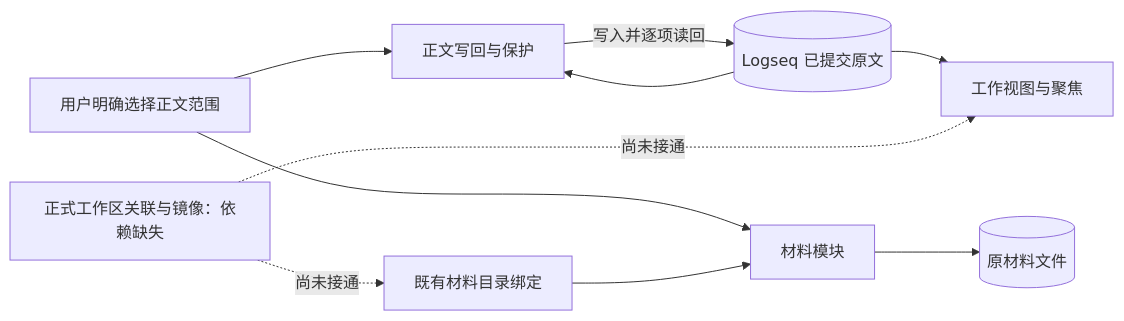
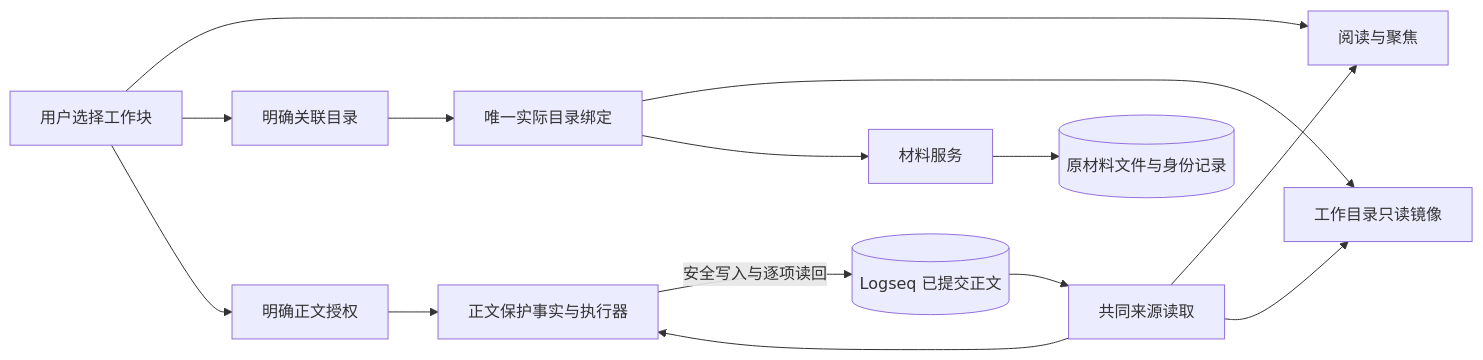
Before and after one commit to wrd233/logseq-task-manager: the first of 2 diagrams in docs/design/workspace-integration-design.md, drawn with Mermaid. The commit also changed other lines of this file and 2 other files, not shown here.

Commit message:
docs(workspace): document integrated source and verified relocation loop

````diff
--- a/docs/design/workspace-integration-design.md
+++ b/docs/design/workspace-integration-design.md
@@ -16,12 +11,16 @@
 ```mermaid
 flowchart LR
-  User[用户明确选择正文范围] --> Content[正文写回与保护]
-  Graph[(Logseq 已提交原文)] --> Content
-  Content -->|写入并逐项读回| Graph
-  Graph --> View[工作视图与聚焦]
-  User --> Materials[材料模块]
-  Materials --> Files[(原材料文件)]
-  Directory[既有材料目录绑定] --> Materials
-  Workspace[正式工作区关联与镜像：依赖缺失] -. 尚未接通 .-> View
-  Workspace -. 尚未接通 .-> Directory
+  User[用户选择工作块] --> View[阅读与聚焦]
+  User --> Bind[明确关联目录]
+  User --> Auth[明确正文授权]
+  Graph[(Logseq 已提交正文)] --> Source[共同来源读取]
+  Source --> View
+  Source --> Mirror[工作目录只读镜像]
+  Source --> Content[正文保护事实与执行器]
+  Auth --> Content
+  Content -->|安全写入与逐项读回| Graph
+  Bind --> Directory[唯一实际目录绑定]
+  Directory --> Mirror
+  Directory --> Material[材料服务]
+  Material --> File[(原材料文件与身份记录)]
 ```
````
